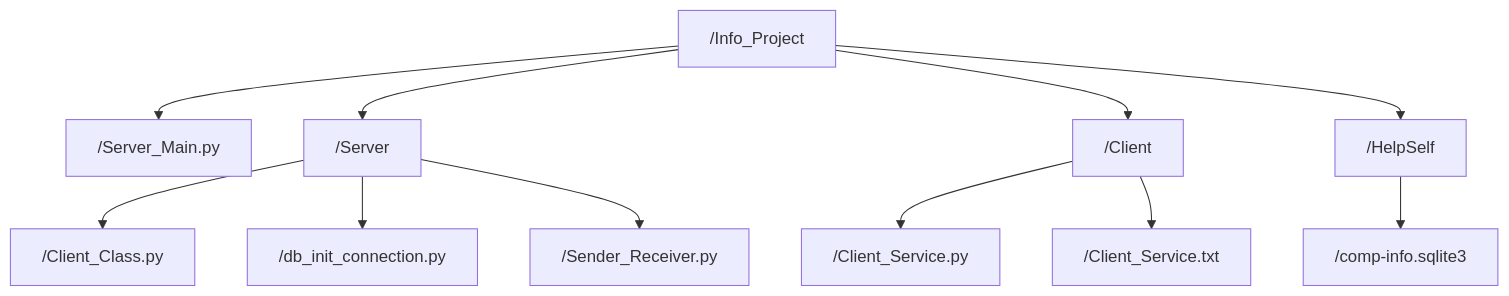
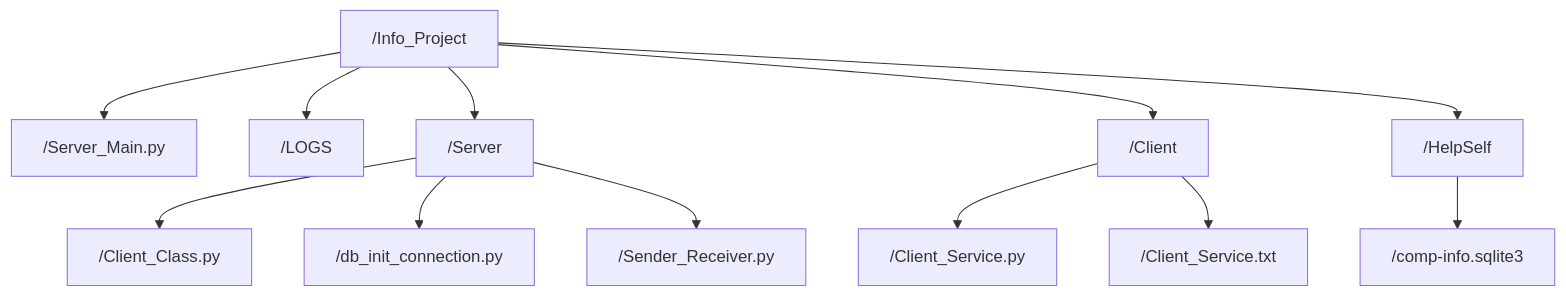
One commit to YazidEl7/Info_Project changed the first of 4 diagrams in README.md. Above: the diagram before and after it, drawn with Mermaid.

````diff
--- a/README.md
+++ b/README.md
@@ -20,13 +20,14 @@
 ```mermaid
 graph TD;
     /Info_Project-->/Server_Main.py;
+    /Info_Project-->/LOGS;
     /Info_Project-->/Server;
     /Info_Project-->/Client;
     /Client-->/Client_Service.py;
     /Client-->/Client_Service.txt;
     /Server-->/Client_Class.py;
     /Server-->/db_init_connection.py;
     /Server-->/Sender_Receiver.py;
     /Info_Project-->/HelpSelf;
     /HelpSelf-->/comp-info.sqlite3;
 ```
````
